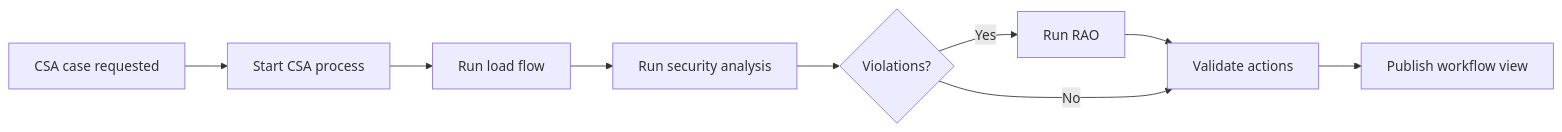
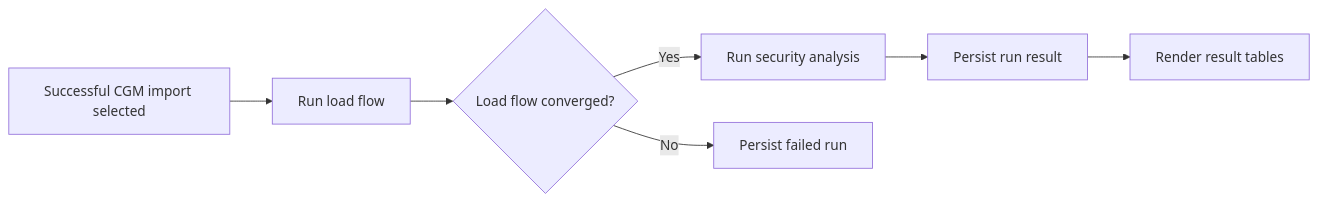
Before and after one commit to gsrinike/egm-suite: the first of 2 diagrams in doc.arch/RCC_CSA_DESIGN.md, drawn with Mermaid. The commit also changed other lines of this file and 198 other files, not shown here.

````diff
--- a/doc.arch/RCC_CSA_DESIGN.md
+++ b/doc.arch/RCC_CSA_DESIGN.md
@@ -26,11 +24,9 @@
 ```mermaid
 flowchart LR
-  A["CSA case requested"] --> B["Start CSA process"]
-  B --> C["Run load flow"]
-  C --> D["Run security analysis"]
-  D --> E{"Violations?"}
-  E -->|Yes| F["Run RAO"]
-  F --> G["Validate actions"]
-  E -->|No| G
-  G --> H["Publish workflow view"]
+  A["Successful CGM import selected"] --> B["Run load flow"]
+  B --> C{"Load flow converged?"}
+  C -->|Yes| D["Run security analysis"]
+  C -->|No| E["Persist failed run"]
+  D --> F["Persist run result"]
+  F --> G["Render result tables"]
 ```
````
